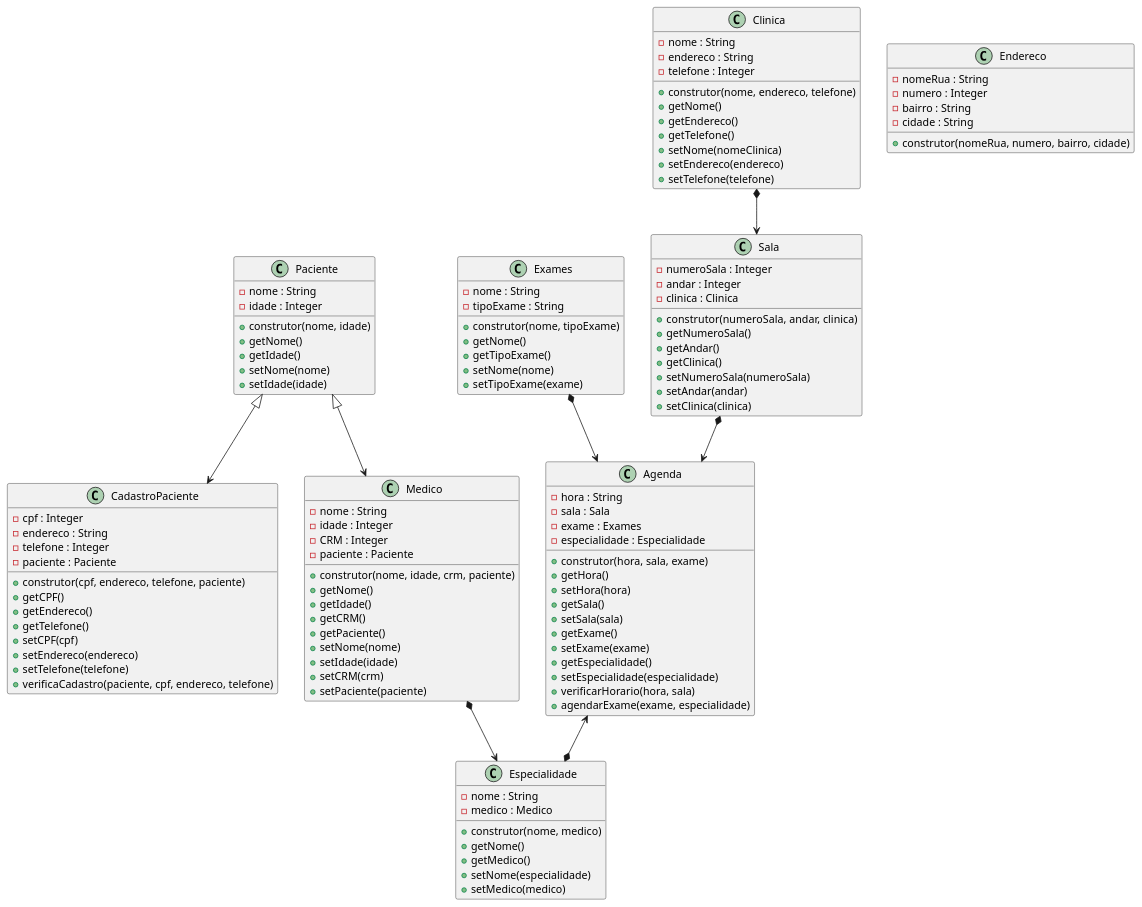
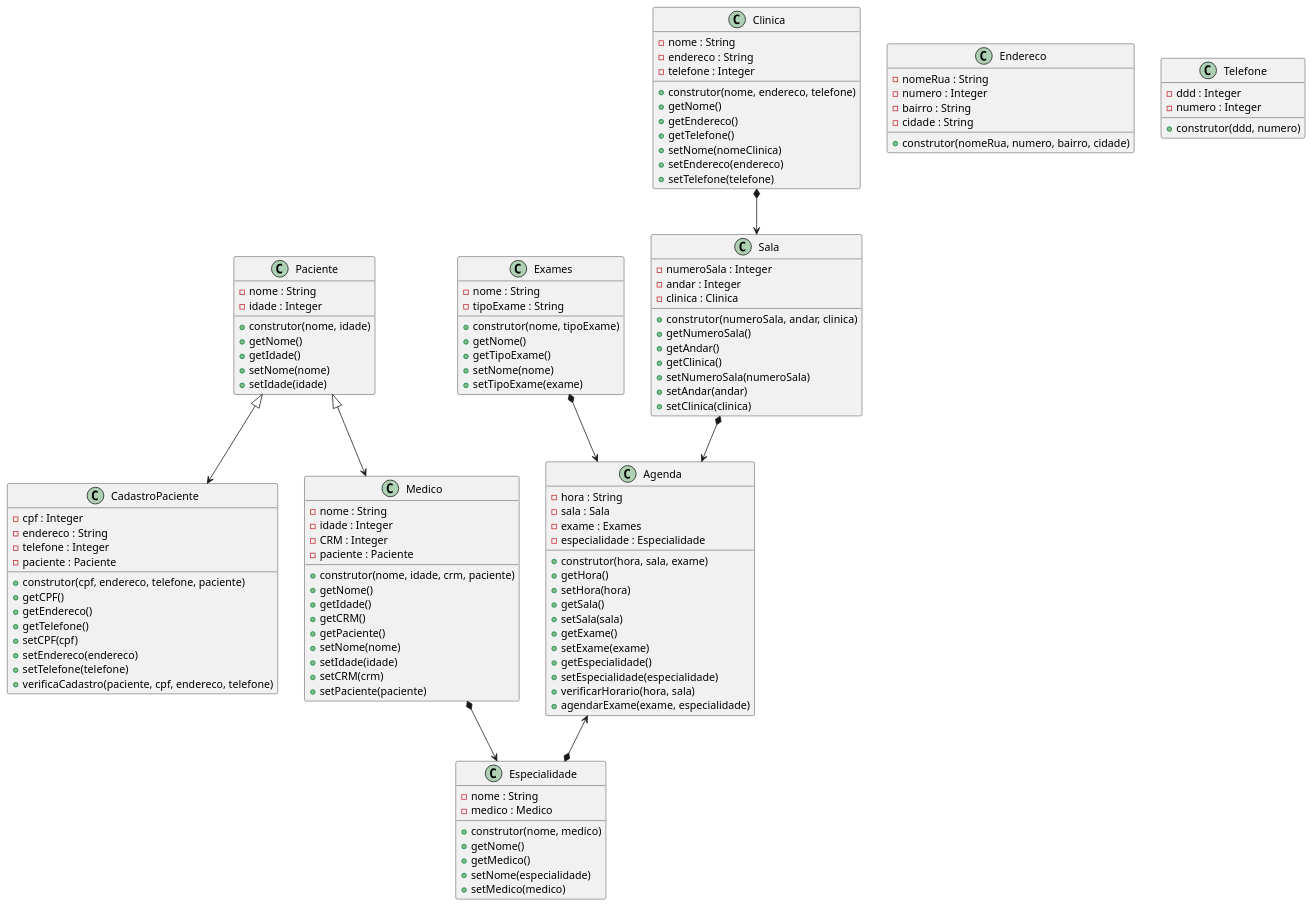
The diagram in diagrama.plantuml (anleaes/2022-1-N2-POO-03), drawn with PlantUML before and after one commit.

Commit message:
criado classe Telefone com atributos ddd e numero

```diff
--- a/diagrama.plantuml
+++ b/diagrama.plantuml
@@ -1,124 +1,130 @@
 @startuml Gerenciamento de Exames Medicos
 
     class Agenda{
         - hora : String
         - sala : Sala
         - exame : Exames
         - especialidade : Especialidade
         + construtor(hora, sala, exame)
         + getHora()
         + setHora(hora)
         + getSala()
         + setSala(sala)
         + getExame()
         + setExame(exame)
         + getEspecialidade()
         + setEspecialidade(especialidade)
         + verificarHorario(hora, sala)
         + agendarExame(exame, especialidade)
     }
 
     class Paciente{
         - nome : String
         - idade : Integer
         + construtor(nome, idade)
         + getNome()
         + getIdade()
         + setNome(nome)
         + setIdade(idade)
     }
 
     class CadastroPaciente{
         - cpf : Integer
         - endereco : String
         - telefone : Integer
         - paciente : Paciente
         + construtor(cpf, endereco, telefone, paciente)
         + getCPF()
         + getEndereco()
         + getTelefone()
         + setCPF(cpf)
         + setEndereco(endereco)
         + setTelefone(telefone)
         + verificaCadastro(paciente, cpf, endereco, telefone)
     }
 
     class Medico{
         - nome : String
         - idade : Integer
         - CRM : Integer
         - paciente : Paciente
         + construtor(nome, idade, crm, paciente)
         + getNome()
         + getIdade()
         + getCRM()
         + getPaciente()
         + setNome(nome)
         + setIdade(idade)
         + setCRM(crm)
         + setPaciente(paciente)
     }
 
     class Exames{
         - nome : String
         - tipoExame : String
         + construtor(nome, tipoExame)
         + getNome()
         + getTipoExame()
         + setNome(nome)
         + setTipoExame(exame)
     }
 
     class Especialidade{
         - nome : String
         - medico : Medico
         + construtor(nome, medico)
         + getNome()
         + getMedico()
         + setNome(especialidade)
         + setMedico(medico)
     }
 
     class Clinica{
         - nome : String
         - endereco : String
         - telefone : Integer
         + construtor(nome, endereco, telefone)
         + getNome()
         + getEndereco()
         + getTelefone()
         + setNome(nomeClinica)
         + setEndereco(endereco)
         + setTelefone(telefone)
     }
 
     class Sala{
         - numeroSala : Integer
         - andar : Integer
         - clinica : Clinica
         + construtor(numeroSala, andar, clinica)
         + getNumeroSala()
         + getAndar()
         + getClinica()
         + setNumeroSala(numeroSala)
         + setAndar(andar)
         + setClinica(clinica)
     }
 
     class Endereco{
         - nomeRua : String
         - numero : Integer
         - bairro : String
         - cidade : String
         + construtor(nomeRua, numero, bairro, cidade)
     }
 
+    class Telefone{
+        - ddd : Integer
+        - numero : Integer
+        + construtor(ddd, numero)
+    }
+
     Paciente <|--> CadastroPaciente
     Paciente <|--> Medico
     Medico *--> Especialidade
     Exames *--> Agenda
     Sala *--> Agenda
     Agenda <--* Especialidade
     Clinica *--> Sala
 
 @enduml
```
